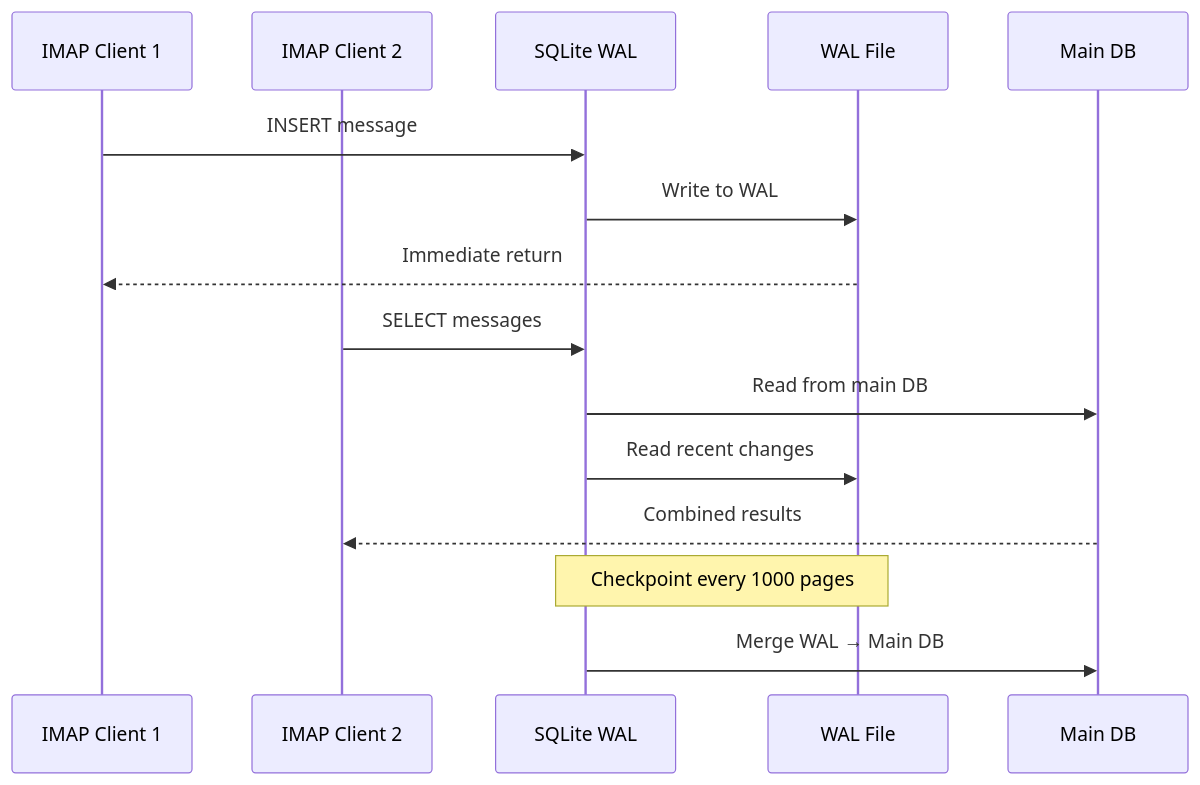
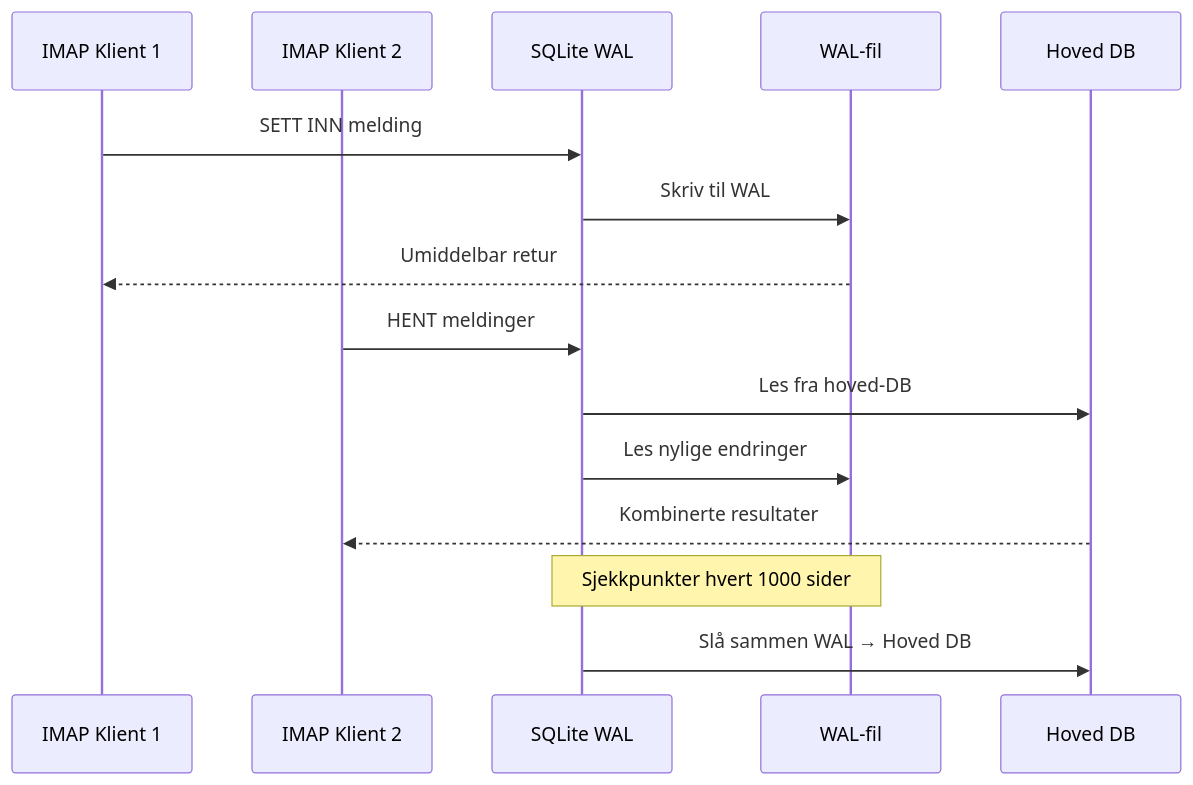
Before and after one commit to forwardemail/forwardemail.net: the third of 3 diagrams in app/views/docs/sqlite-performance-optimization-pragma-chacha20-production-guide/index-no.md, drawn with Mermaid. The commit also changed other lines of this file and 1055 other files, not shown here.

````diff
--- a/app/views/docs/sqlite-performance-optimization-pragma-chacha20-production-guide/index-no.md
+++ b/app/views/docs/sqlite-performance-optimization-pragma-chacha20-production-guide/index-no.md
@@ -239,20 +245,20 @@
 ```mermaid
 sequenceDiagram
-    participant C1 as IMAP Client 1
-    participant C2 as IMAP Client 2
+    participant C1 as IMAP Klient 1
+    participant C2 as IMAP Klient 2
     participant DB as SQLite WAL
-    participant W as WAL File
-    participant M as Main DB
+    participant W as WAL-fil
+    participant M as Hoved DB
 
-    C1->>DB: INSERT message
-    DB->>W: Write to WAL
-    W-->>C1: Immediate return
+    C1->>DB: SETT INN melding
+    DB->>W: Skriv til WAL
+    W-->>C1: Umiddelbar retur
 
-    C2->>DB: SELECT messages
-    DB->>M: Read from main DB
-    DB->>W: Read recent changes
-    M-->>C2: Combined results
+    C2->>DB: HENT meldinger
+    DB->>M: Les fra hoved-DB
+    DB->>W: Les nylige endringer
+    M-->>C2: Kombinerte resultater
 
-    Note over DB,W: Checkpoint every 1000 pages
-    DB->>M: Merge WAL → Main DB
+    Note over DB,W: Sjekkpunkter hvert 1000 sider
+    DB->>M: Slå sammen WAL → Hoved DB
 ```
````
